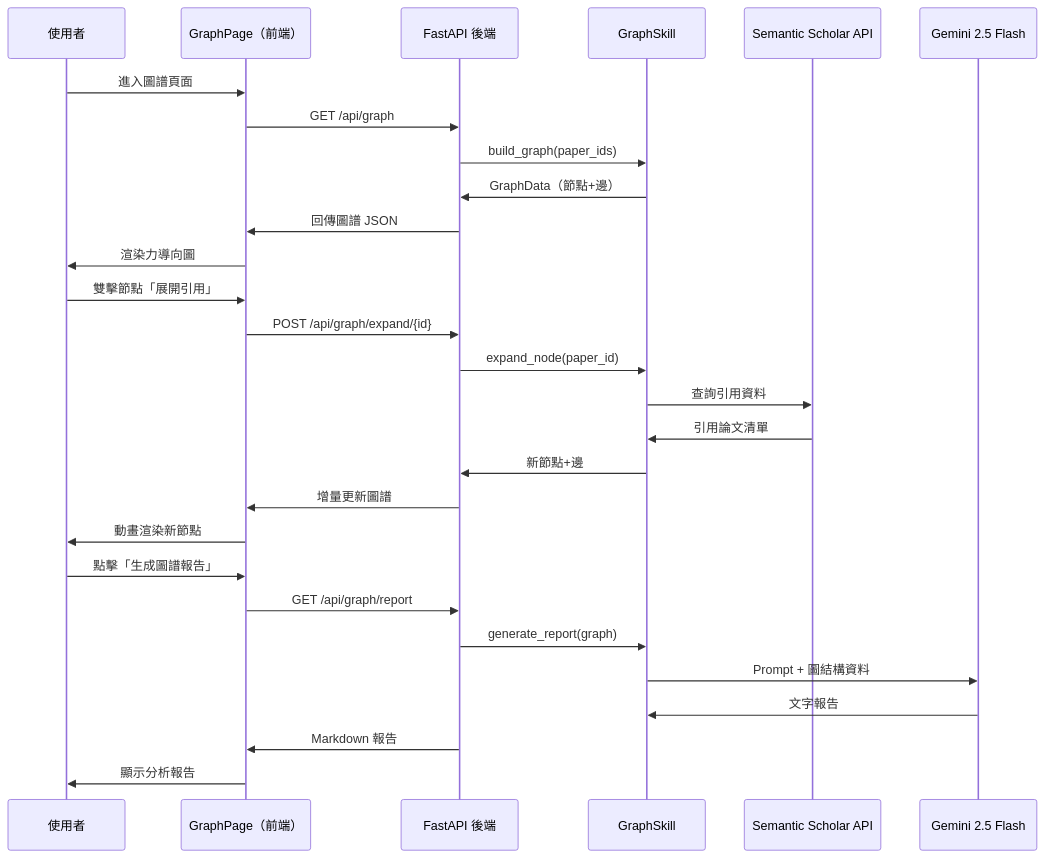
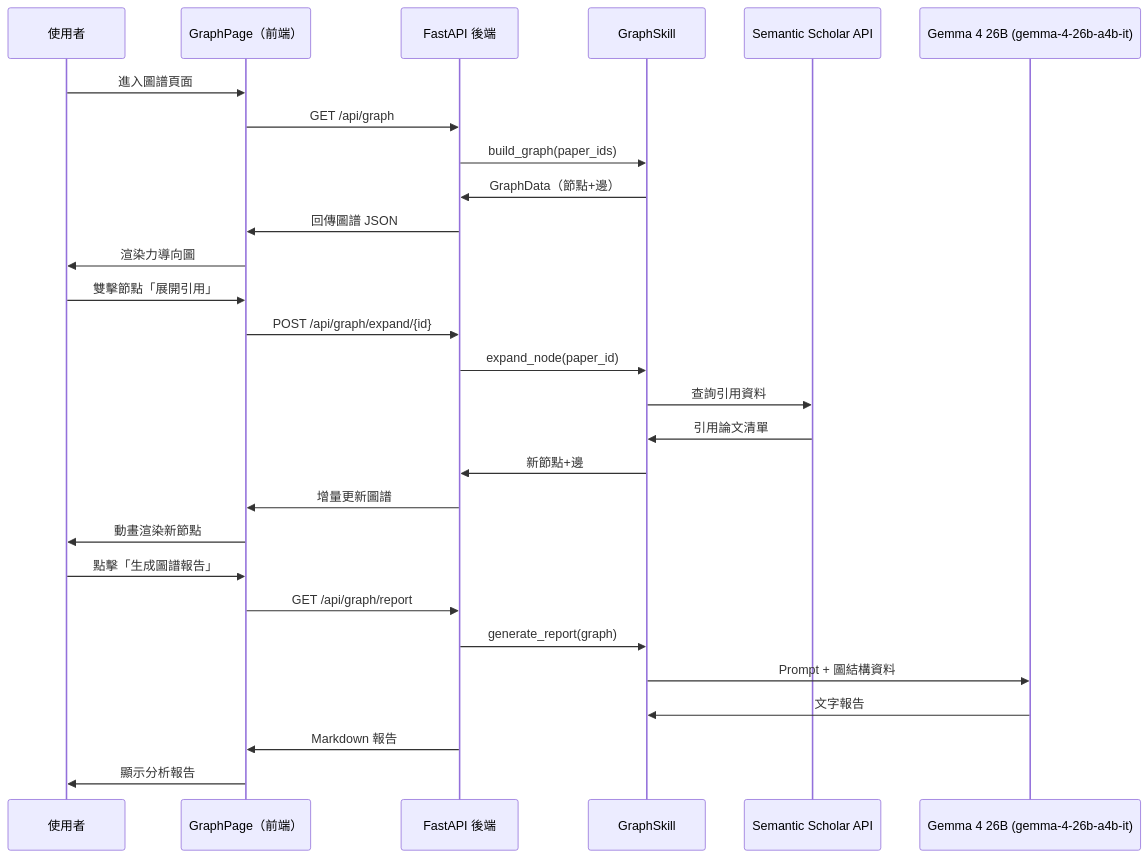
The diagram in 架構/KNOWLEDGE_GRAPH.md (squidj193-sudo/ai-final), drawn with Mermaid before and after one commit. The commit also changed other lines of this file and 22 other files, not shown here.

````diff
--- a/架構/KNOWLEDGE_GRAPH.md
+++ b/架構/KNOWLEDGE_GRAPH.md
@@ -191,33 +191,33 @@
 ```mermaid
 sequenceDiagram
     participant U as 使用者
     participant FE as GraphPage（前端）
     participant API as FastAPI 後端
     participant GS as GraphSkill
     participant SS as Semantic Scholar API
-    participant GE as Gemini 2.5 Flash
+    participant GE as Gemma 4 26B (gemma-4-26b-a4b-it)
 
     U->>FE: 進入圖譜頁面
     FE->>API: GET /api/graph
     API->>GS: build_graph(paper_ids)
     GS->>API: GraphData（節點+邊）
     API->>FE: 回傳圖譜 JSON
     FE->>U: 渲染力導向圖
 
     U->>FE: 雙擊節點「展開引用」
     FE->>API: POST /api/graph/expand/{id}
     API->>GS: expand_node(paper_id)
     GS->>SS: 查詢引用資料
     SS->>GS: 引用論文清單
     GS->>API: 新節點+邊
     API->>FE: 增量更新圖譜
     FE->>U: 動畫渲染新節點
 
     U->>FE: 點擊「生成圖譜報告」
     FE->>API: GET /api/graph/report
     API->>GS: generate_report(graph)
     GS->>GE: Prompt + 圖結構資料
     GE->>GS: 文字報告
     API->>FE: Markdown 報告
     FE->>U: 顯示分析報告
 ```
````
